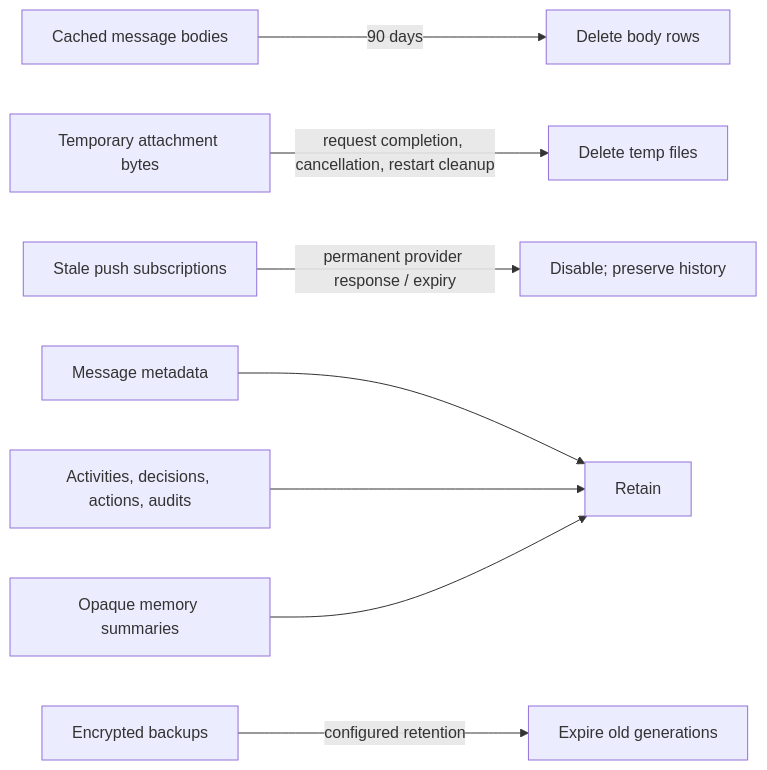
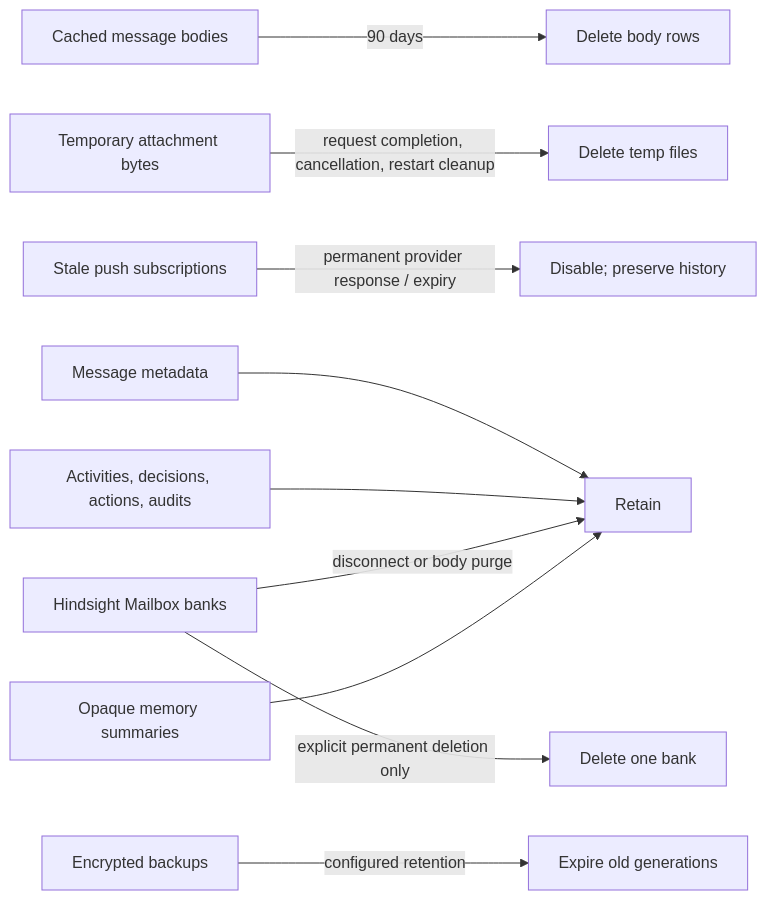
The fourth of 4 diagrams in docs/architecture.md (hypersimple-ch/hypermail), drawn with Mermaid before and after one commit. The commit also changed other lines of this file and 77 other files, not shown here.

First line of the commit message:
feat(agent): add per-mailbox Hindsight memory (#46)

````diff
--- a/docs/architecture.md
+++ b/docs/architecture.md
@@ -113,10 +120,12 @@
 ```mermaid
 flowchart LR
   MB[Cached message bodies] -->|90 days| PURGE[Delete body rows]
   TMP[Temporary attachment bytes] -->|request completion, cancellation, restart cleanup| CLEAN[Delete temp files]
   PS[Stale push subscriptions] -->|permanent provider response / expiry| DISABLE[Disable; preserve history]
   META[Message metadata] --> KEEP[Retain]
   ACT[Activities, decisions, actions, audits] --> KEEP
+  BANK[Hindsight Mailbox banks] -->|disconnect or body purge| KEEP
+  BANK -->|explicit permanent deletion only| DROP[Delete one bank]
   OM[Opaque memory summaries] --> KEEP
   BACKUP[Encrypted backups] -->|configured retention| EXPIRE[Expire old generations]
 ```
````
